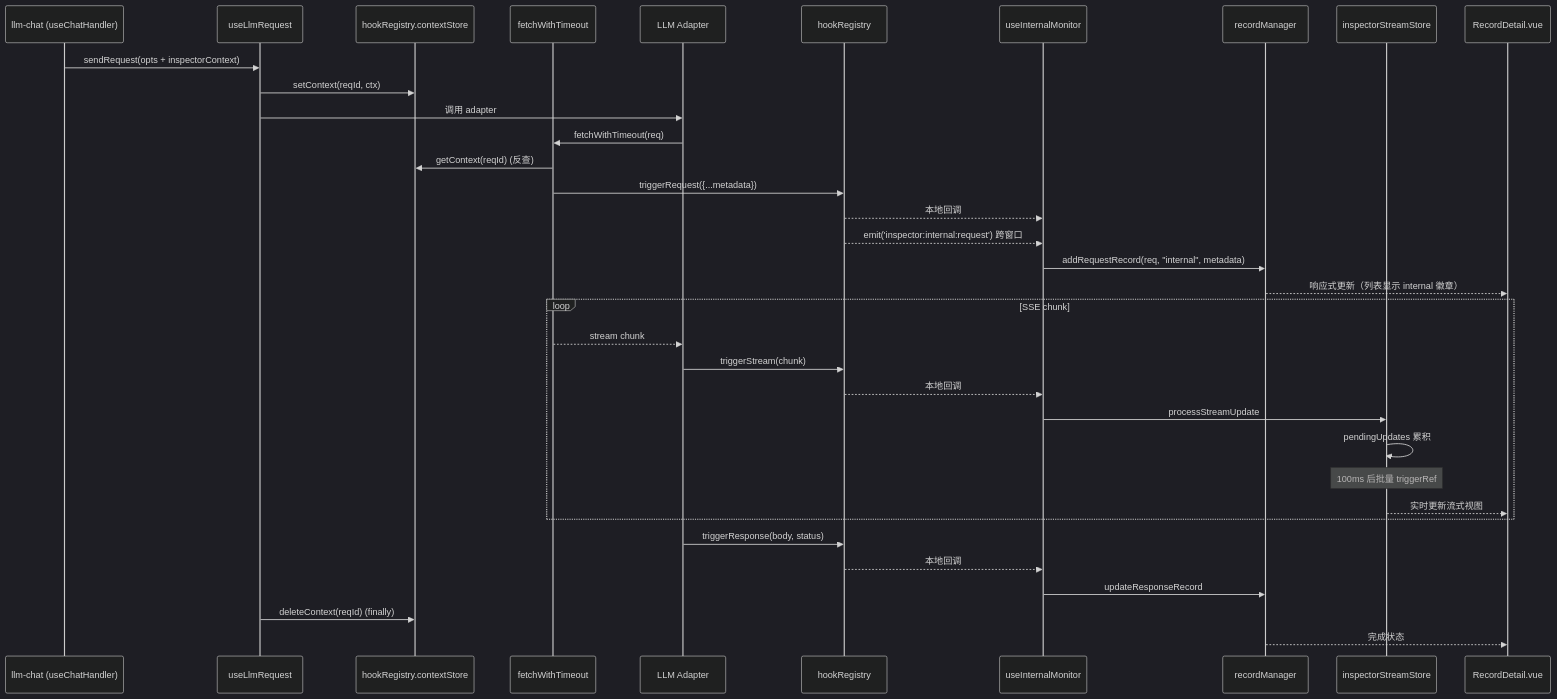
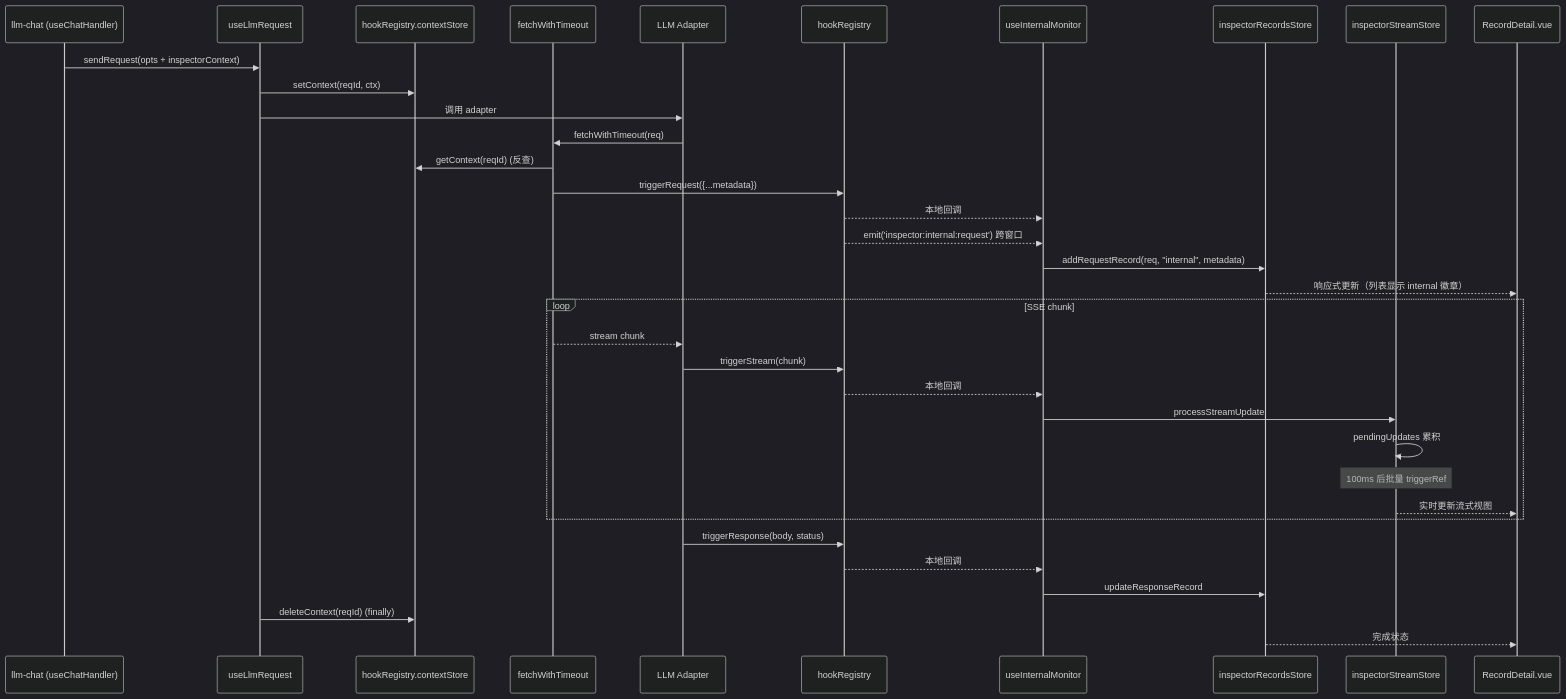
One commit to miaotouy/aio-hub changed the second of 2 diagrams in src/tools/llm-inspector/ARCHITECTURE.md. Above: the diagram before and after it, drawn with Mermaid (dark theme). The commit also changed other lines of this file and 5 other files, not shown here.

First line of the commit message:
refactor(llm-inspector): 移除已废弃的 recordManager 兼容层

````diff
--- a/src/tools/llm-inspector/ARCHITECTURE.md
+++ b/src/tools/llm-inspector/ARCHITECTURE.md
@@ -223,40 +221,40 @@
 ```mermaid
 sequenceDiagram
     participant Tool as llm-chat (useChatHandler)
     participant UR as useLlmRequest
     participant CS as hookRegistry.contextStore
     participant FW as fetchWithTimeout
     participant Adapter as LLM Adapter
     participant HR as hookRegistry
     participant IMon as useInternalMonitor
-    participant RM as recordManager
+    participant RS as inspectorRecordsStore
     participant SS as inspectorStreamStore
     participant UI as RecordDetail.vue
 
     Tool->>UR: sendRequest(opts + inspectorContext)
     UR->>CS: setContext(reqId, ctx)
     UR->>Adapter: 调用 adapter
     Adapter->>FW: fetchWithTimeout(req)
     FW->>CS: getContext(reqId) (反查)
     FW->>HR: triggerRequest({...metadata})
     HR-->>IMon: 本地回调
     HR-->>IMon: emit('inspector:internal:request') 跨窗口
-    IMon->>RM: addRequestRecord(req, "internal", metadata)
-    RM-->>UI: 响应式更新（列表显示 internal 徽章）
+    IMon->>RS: addRequestRecord(req, "internal", metadata)
+    RS-->>UI: 响应式更新（列表显示 internal 徽章）
 
     loop SSE chunk
         FW-->>Adapter: stream chunk
         Adapter->>HR: triggerStream(chunk)
         HR-->>IMon: 本地回调
         IMon->>SS: processStreamUpdate
         SS->>SS: pendingUpdates 累积
         Note over SS: 100ms 后批量 triggerRef
         SS-->>UI: 实时更新流式视图
     end
 
     Adapter->>HR: triggerResponse(body, status)
     HR-->>IMon: 本地回调
-    IMon->>RM: updateResponseRecord
+    IMon->>RS: updateResponseRecord
     UR->>CS: deleteContext(reqId) (finally)
-    RM-->>UI: 完成状态
+    RS-->>UI: 完成状态
 ```
````
